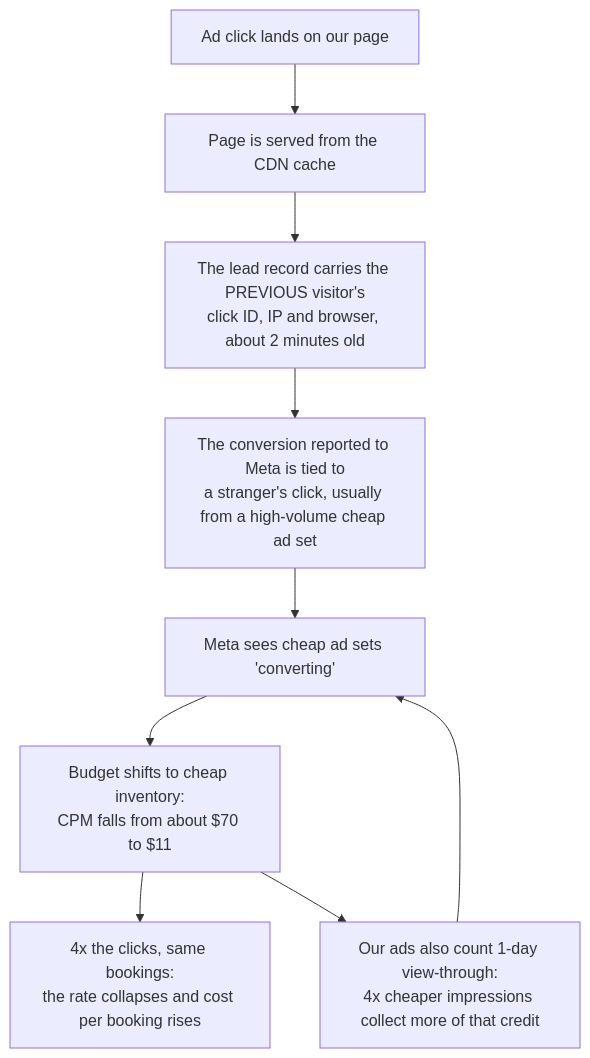
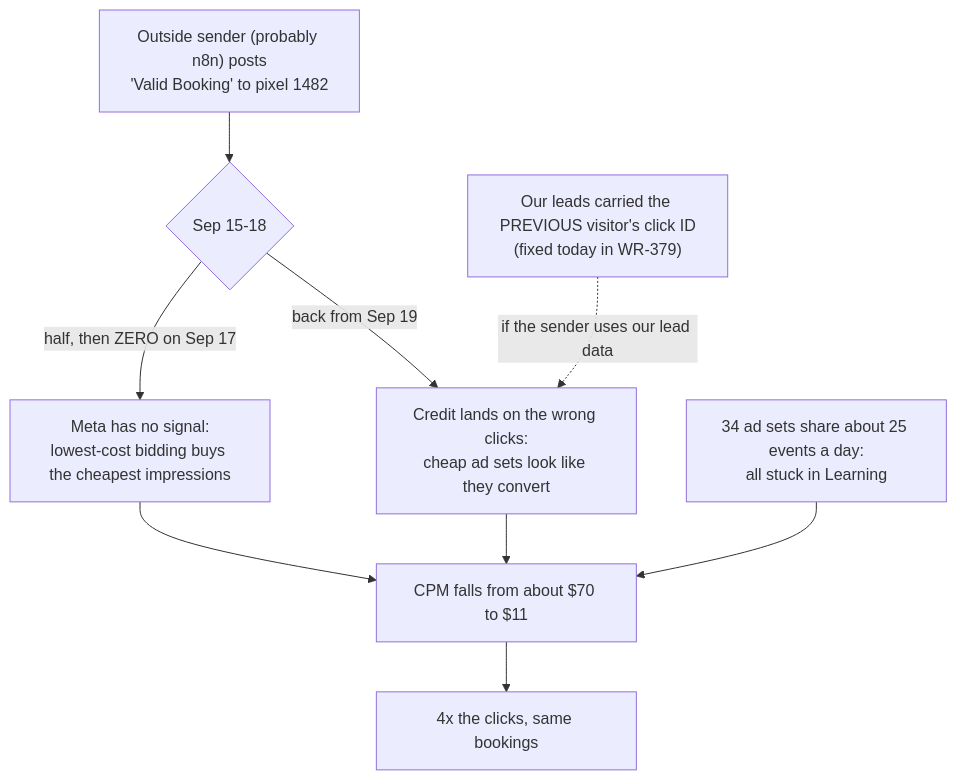
The sixth of 7 diagrams in web/app/themes/remote-leverage/docs/booking-rate-ceo-brief-2026-09-25.md (Remote-Leverage/remote-leverage-website-modernization), drawn with Mermaid before and after one commit. The commit also changed other lines of this file, not shown here.

Commit message:
docs: CEO brief rev 3 - ads optimise on the external "Valid Booking" event, which failed Sep 15-18

````diff
--- a/web/app/themes/remote-leverage/docs/booking-rate-ceo-brief-2026-09-25.md
+++ b/web/app/themes/remote-leverage/docs/booking-rate-ceo-brief-2026-09-25.md
@@ -84,11 +104,11 @@
 ```mermaid
 flowchart TD
-    A["Ad click lands on our page"] --> B["Page is served from the CDN cache"]
-    B --> C["The lead record carries the PREVIOUS visitor's<br/>click ID, IP and browser, about 2 minutes old"]
-    C --> D["The conversion reported to Meta is tied to<br/>a stranger's click, usually from a high-volume cheap ad set"]
-    V["Our ads also count 1-day view-through:<br/>4x cheaper impressions collect more of that credit"] --> E
-    D --> E["Meta sees cheap ad sets 'converting'"]
-    E --> F["Budget shifts to cheap inventory:<br/>CPM falls from about $70 to $11"]
-    F --> G["4x the clicks, same bookings:<br/>the rate collapses and cost per booking rises"]
-    F --> V
+    S["Outside sender (probably n8n) posts<br/>'Valid Booking' to pixel 1482"] --> O{"Sep 15-18"}
+    O -->|"half, then ZERO on Sep 17"| A["Meta has no signal:<br/>lowest-cost bidding buys the cheapest impressions"]
+    O -->|"back from Sep 19"| B["Credit lands on the wrong clicks:<br/>cheap ad sets look like they convert"]
+    C["Our leads carried the PREVIOUS visitor's click ID<br/>(fixed today in WR-379)"] -.->|"if the sender uses our lead data"| B
+    A --> D["CPM falls from about $70 to $11"]
+    B --> D
+    F["34 ad sets share about 25 events a day:<br/>all stuck in Learning"] --> D
+    D --> E["4x the clicks, same bookings"]
 ```
````
